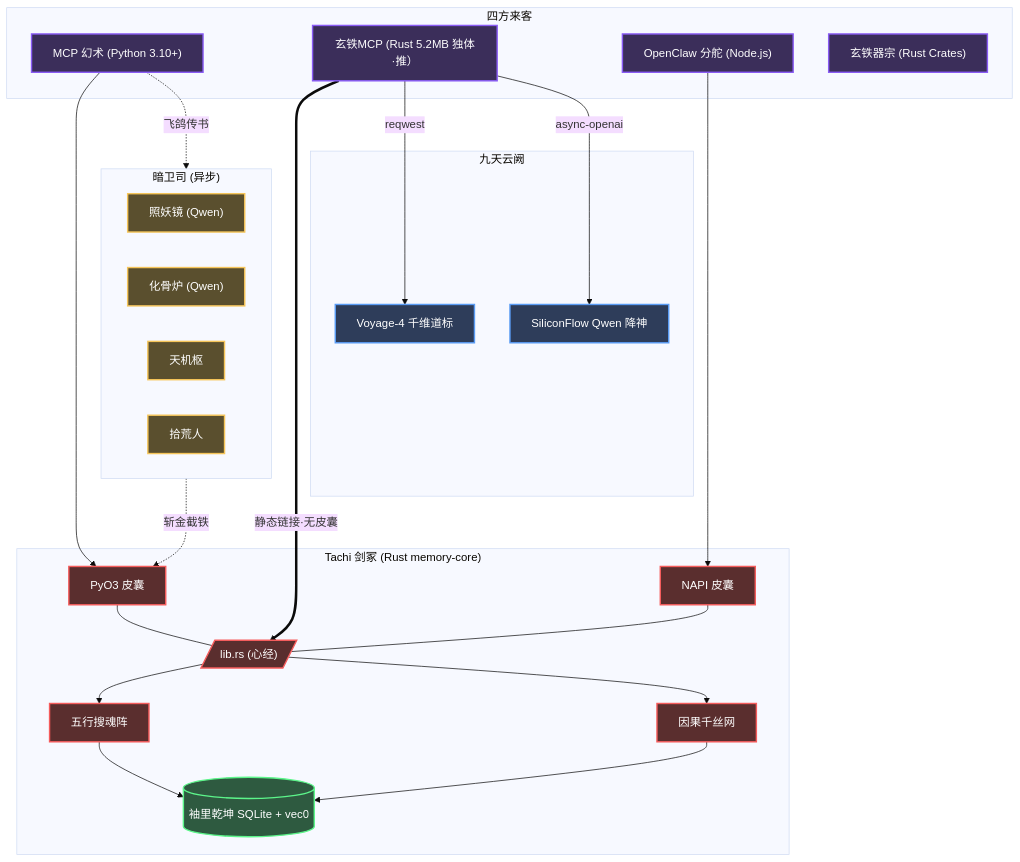
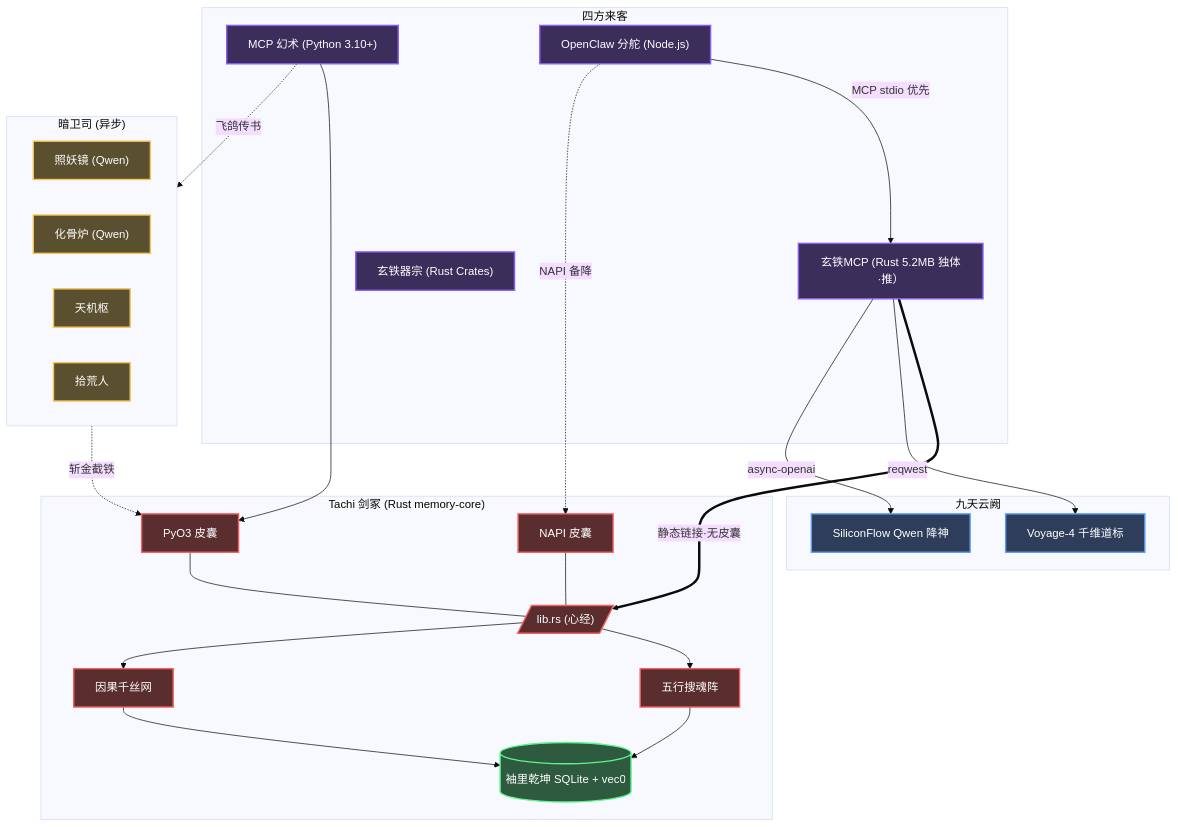
One commit to kckylechen1/tachi changed the diagram in README.md. Above: the diagram before and after it, drawn with Mermaid (base theme). The commit also changed other lines of this file and 26 other files, not shown here.

````diff
--- a/README.md
+++ b/README.md
@@ -178,55 +185,56 @@
 ```mermaid
 graph TD
     subgraph Clients["四方来客"]
         MCP["MCP 幻术 (Python 3.10+)"]
         RMCP["玄铁MCP (Rust 5.2MB 独体·推）"]
         OC["OpenClaw 分舵 (Node.js)"]
         NATIVE["玄铁器宗 (Rust Crates)"]
     end
 
     subgraph Cloud["九天云阙"]
         VOYAGE["Voyage-4 千维道标"]
         SILICON["SiliconFlow Qwen 降神"]
     end
 
     subgraph Operations["暗卫司 (异步)"]
         EXTRACT["照妖镜 (Qwen)"]
         DISTILL["化骨炉 (Qwen)"]
         CAUSAL["天机枢"]
         CONSOLIDATE["拾荒人"]
     end
 
     subgraph Core["Tachi 剑冢 (Rust memory-core)"]
         NAPI["NAPI 皮囊"]
         PYO3["PyO3 皮囊"]
 
         NAPI --- LIB[/"lib.rs (心经)"/]
         PYO3 --- LIB
 
         LIB --> SEARCH["五行搜魂阵"]
         LIB --> GRAPH["因果千丝网"]
 
         SEARCH --> SQLITE[("袖里乾坤 SQLite + vec0")]
         GRAPH --> SQLITE
     end
 
     RMCP ==>|"静态链接·无皮囊"| LIB
     RMCP -->|"reqwest"| VOYAGE
     RMCP -->|"async-openai"| SILICON
     MCP --> PYO3
-    OC --> NAPI
+    OC -->|"MCP stdio 优先"| RMCP
+    OC -.->|"NAPI 备降"| NAPI
     MCP -.->|"飞鸽传书"| Operations
     Operations -.->|"斩金截铁"| PYO3
 
     classDef client fill:#3b2e5a,stroke:#8a5cf5,stroke-width:2px,color:#fff;
     classDef cloud fill:#2e3d5a,stroke:#5a9cf5,stroke-width:2px,color:#fff;
     classDef worker fill:#5a4f2e,stroke:#f5c55a,stroke-width:2px,color:#fff;
     classDef rust fill:#5a2e2e,stroke:#f55c5c,stroke-width:2px,color:#fff;
     classDef db fill:#2e5a40,stroke:#5cf58a,stroke-width:2px,color:#fff;
 
     class MCP,RMCP,OC,NATIVE client;
     class VOYAGE,SILICON cloud;
     class EXTRACT,DISTILL,CAUSAL,CONSOLIDATE worker;
     class NAPI,PYO3,LIB,SEARCH,GRAPH rust;
     class SQLITE db;
 ```
````
